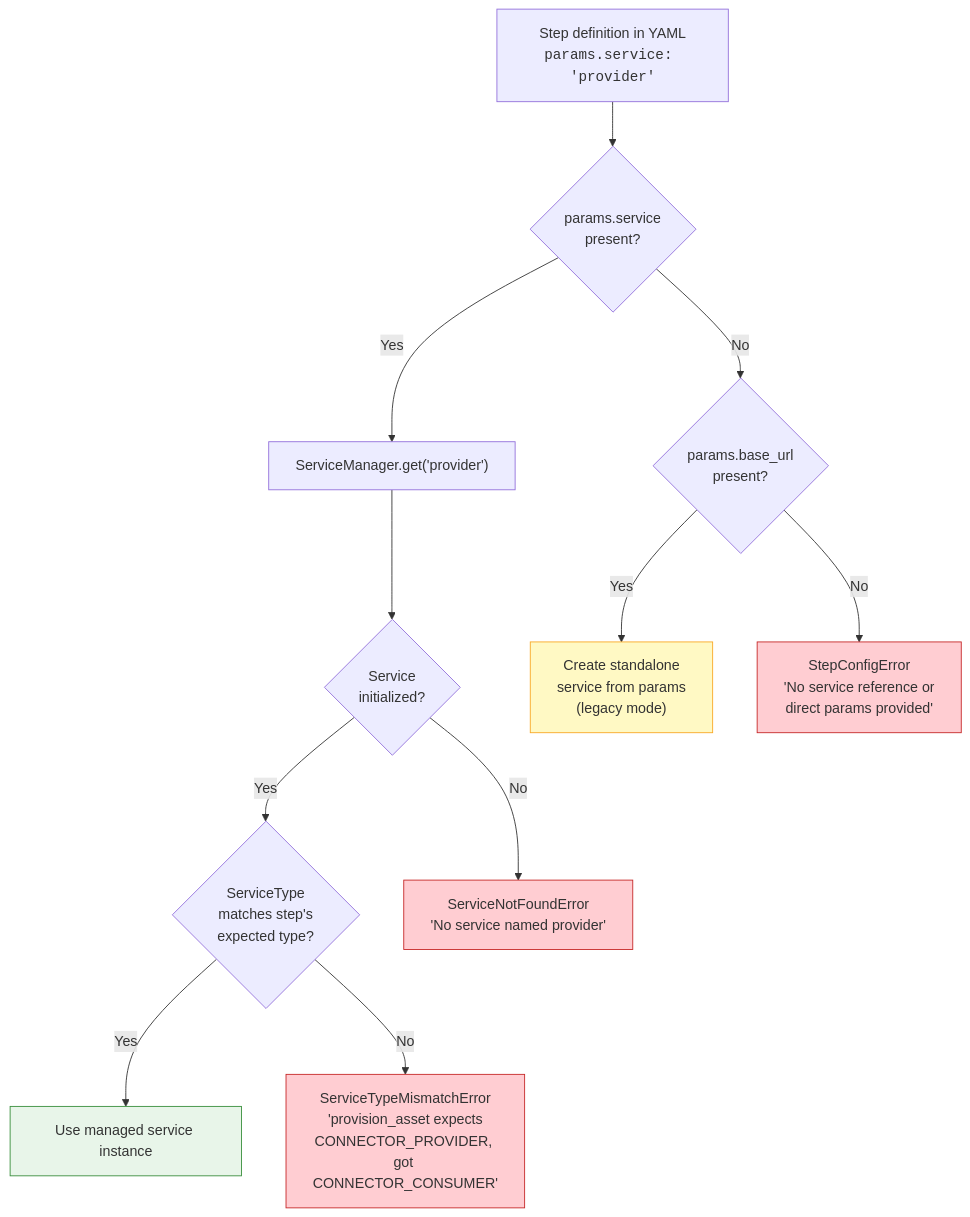
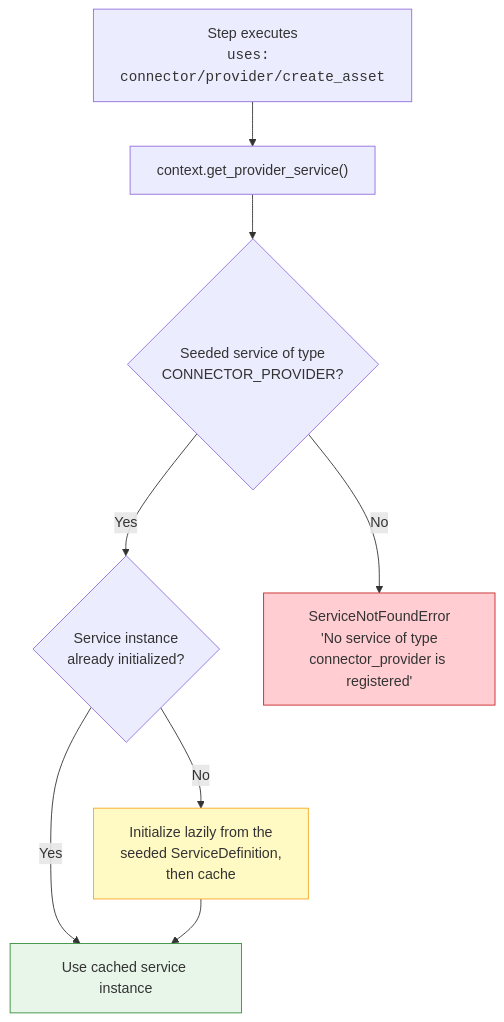
One commit to eclipse-tractusx/tractusx-testlab changed diagram 13 of 15 in docs/specification/specification/concepts.md. Above: the diagram before and after it, drawn with Mermaid. The commit also changed other lines of this file and 103 other files, not shown here.

````diff
--- a/docs/specification/specification/concepts.md
+++ b/docs/specification/specification/concepts.md
@@ -530,22 +522,16 @@
 ```mermaid
 flowchart TD
-    STEP["Step definition in YAML<br/><code>params.service: 'provider'</code>"] --> HASREF{"params.service<br/>present?"}
+    STEP["Step executes<br/><code>uses: connector/provider/create_asset</code>"] --> LOOKUP["context.get_provider_service()"]
 
-    HASREF -->|Yes| LOOKUP["ServiceManager.get('provider')"]
-    LOOKUP --> EXISTS{"Service<br/>initialized?"}
-    EXISTS -->|Yes| TYPECHECK{"ServiceType<br/>matches step's<br/>expected type?"}
-    EXISTS -->|No| ERR1["ServiceNotFoundError<br/>'No service named provider'"]
+    LOOKUP --> EXISTS{"Seeded service of type<br/>CONNECTOR_PROVIDER?"}
+    EXISTS -->|Yes| TYPECHECK{"Service instance<br/>already initialized?"}
+    EXISTS -->|No| ERR1["ServiceNotFoundError<br/>'No service of type<br/>connector_provider is registered'"]
 
-    TYPECHECK -->|Yes| USE["Use managed service instance"]
-    TYPECHECK -->|No| ERR2["ServiceTypeMismatchError<br/>'provision_asset expects<br/>CONNECTOR_PROVIDER, got CONNECTOR_CONSUMER'"]
-
-    HASREF -->|No| HASURL{"params.base_url<br/>present?"}
-    HASURL -->|Yes| STANDALONE["Create standalone<br/>service from params<br/>(legacy mode)"]
-    HASURL -->|No| ERR3["StepConfigError<br/>'No service reference or<br/>direct params provided'"]
+    TYPECHECK -->|Yes| USE["Use cached service instance"]
+    TYPECHECK -->|No| INIT["Initialize lazily from the<br/>seeded ServiceDefinition,<br/>then cache"]
+    INIT --> USE
 
     style USE fill:#e8f5e9,stroke:#388e3c
     style ERR1 fill:#ffcdd2,stroke:#c62828
-    style ERR2 fill:#ffcdd2,stroke:#c62828
-    style ERR3 fill:#ffcdd2,stroke:#c62828
-    style STANDALONE fill:#fff9c4,stroke:#f9a825
+    style INIT fill:#fff9c4,stroke:#f9a825
 ```
````
